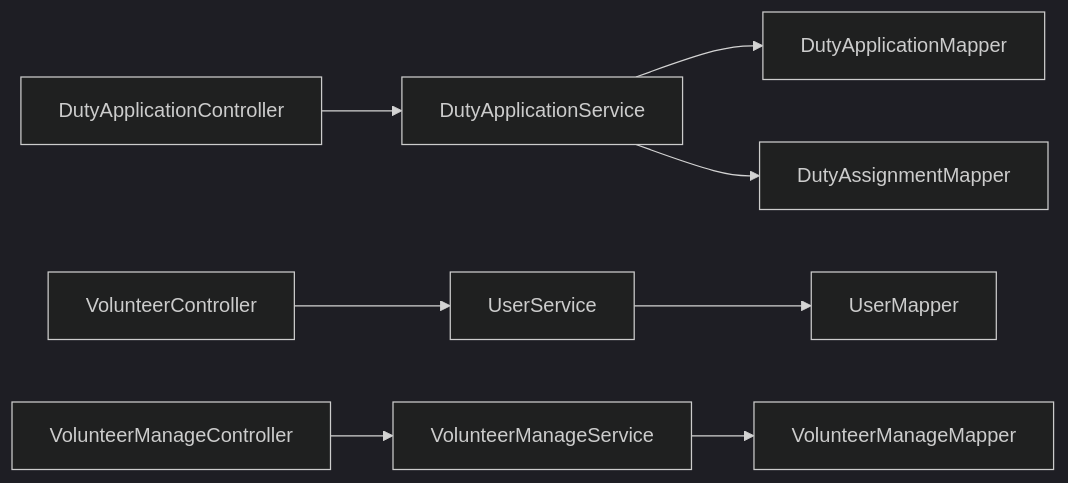
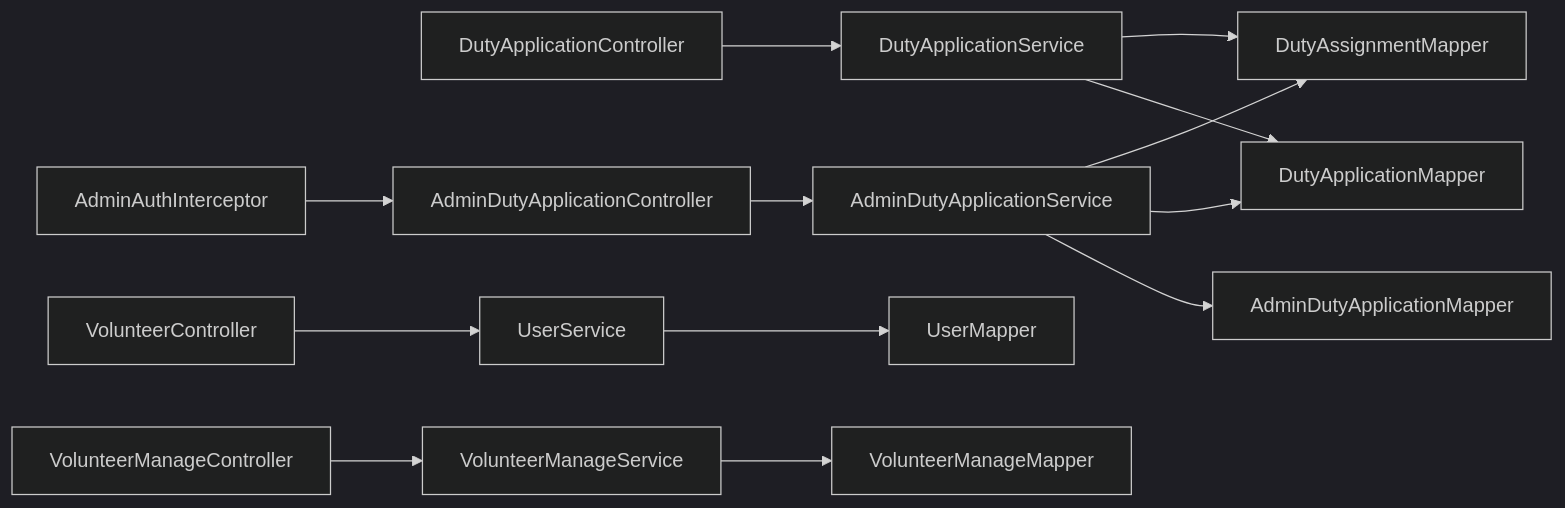
Diagram 11 of 11 in .qoder/repowiki/zh/content/志愿者管理模块/志愿者职责管理.md (gaozihaowin/-), drawn with Mermaid (dark theme) before and after one commit. The commit also changed other lines of this file and 9 other files, not shown here.

````diff
--- a/.qoder/repowiki/zh/content/志愿者管理模块/志愿者职责管理.md
+++ b/.qoder/repowiki/zh/content/志愿者管理模块/志愿者职责管理.md
@@ -318,10 +495,15 @@
 ```mermaid
 graph LR
 DAC["DutyApplicationController"] --> DAS["DutyApplicationService"]
 DAS --> DAM["DutyApplicationMapper"]
 DAS --> DAM2["DutyAssignmentMapper"]
 VC["VolunteerController"] --> US["UserService"]
 US --> UM["UserMapper"]
 VMC["VolunteerManageController"] --> VMS["VolunteerManageService"]
 VMS --> VMM["VolunteerManageMapper"]
+ADC["AdminDutyApplicationController"] --> ADS["AdminDutyApplicationService"]
+ADS --> ADM["AdminDutyApplicationMapper"]
+ADS --> DAM
+ADS --> DAM2
+AI["AdminAuthInterceptor"] --> ADC
 ```
````
